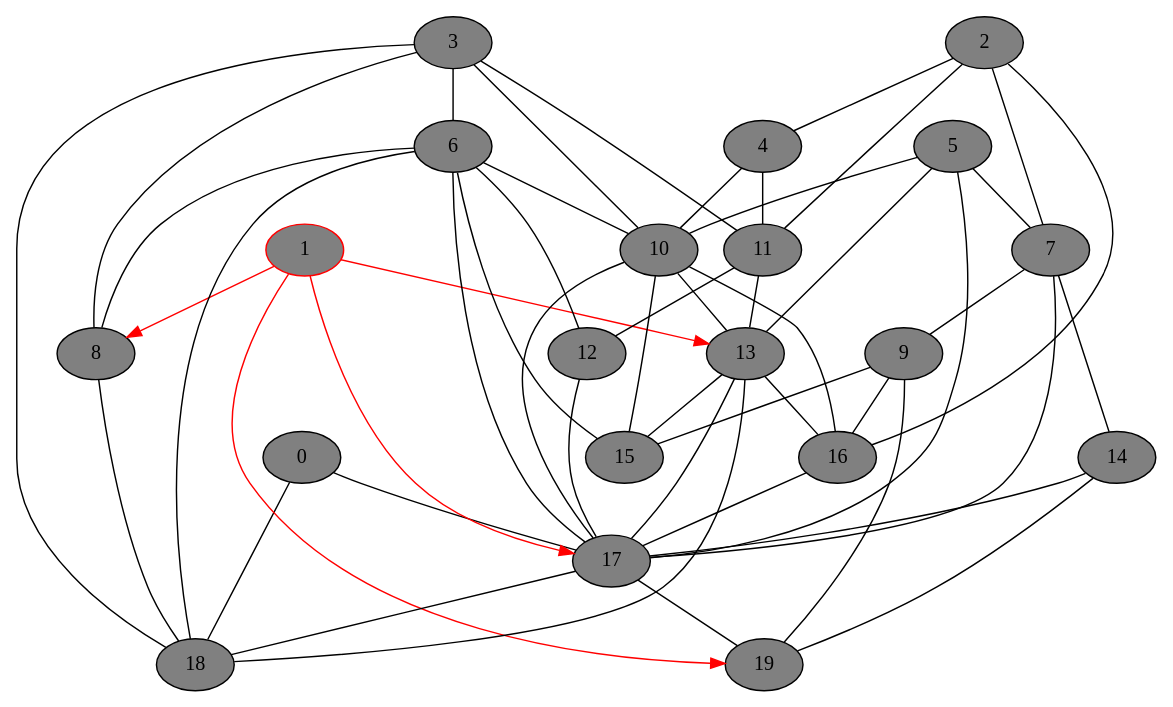
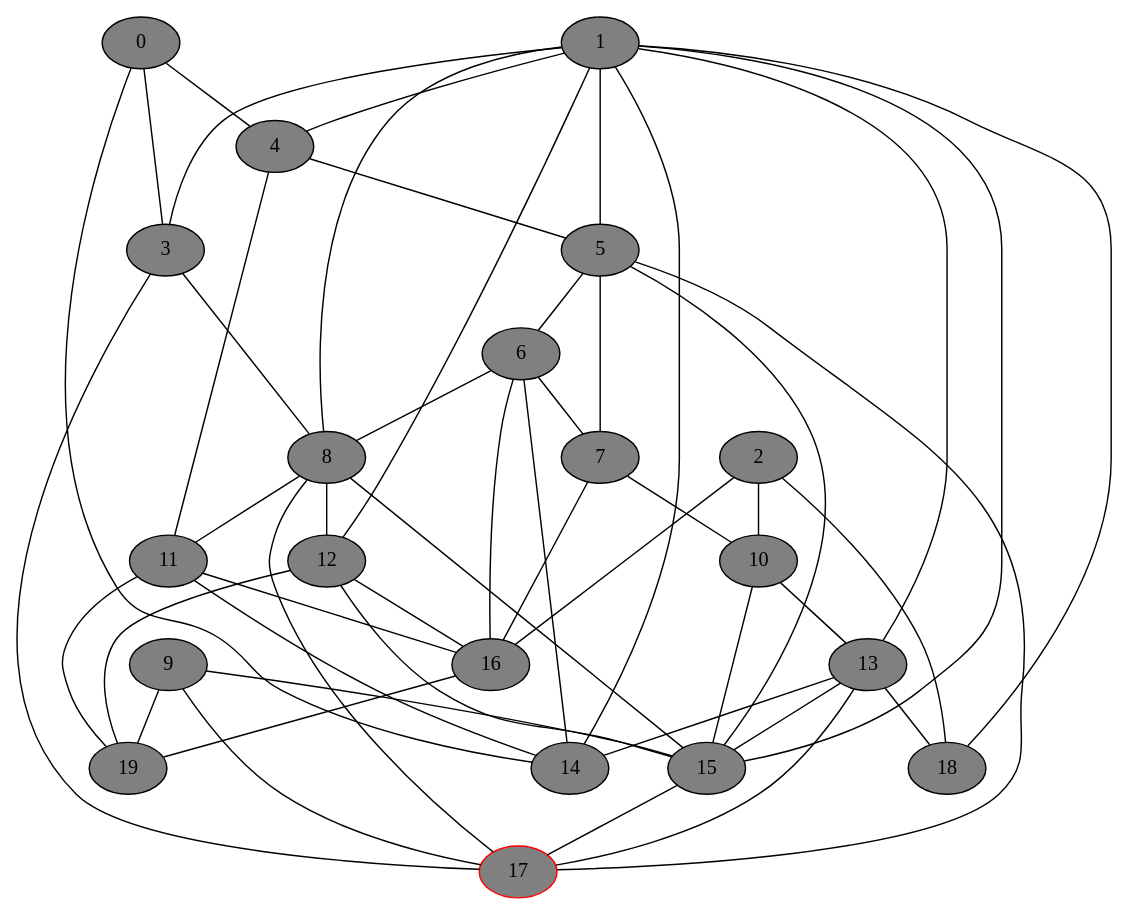
Before and after one commit to DSMishler/EBA_models: the diagram in gv_graphs/nxt0099.dot, drawn with Graphviz. The commit also changed 941 other files, not shown here.

```diff
--- a/gv_graphs/nxt0099.dot
+++ b/gv_graphs/nxt0099.dot
@@ -1,74 +1,74 @@
 // network test graph
 digraph
 {
 	0 [fillcolor=gray,style=filled,]
-	1 [fillcolor=gray,style=filled,color=red,]
+	1 [fillcolor=gray,style=filled,]
 	2 [fillcolor=gray,style=filled,]
 	3 [fillcolor=gray,style=filled,]
 	4 [fillcolor=gray,style=filled,]
 	5 [fillcolor=gray,style=filled,]
 	6 [fillcolor=gray,style=filled,]
 	7 [fillcolor=gray,style=filled,]
 	8 [fillcolor=gray,style=filled,]
 	9 [fillcolor=gray,style=filled,]
 	10 [fillcolor=gray,style=filled,]
 	11 [fillcolor=gray,style=filled,]
 	12 [fillcolor=gray,style=filled,]
 	13 [fillcolor=gray,style=filled,]
 	14 [fillcolor=gray,style=filled,]
 	15 [fillcolor=gray,style=filled,]
 	16 [fillcolor=gray,style=filled,]
-	17 [fillcolor=gray,style=filled,]
+	17 [fillcolor=gray,style=filled,color=red,]
 	18 [fillcolor=gray,style=filled,]
 	19 [fillcolor=gray,style=filled,]
-	0 -> 17 [dir=none]
-	0 -> 18 [dir=none]
-	1 -> 8 [dir=forward,color=red,]
-	1 -> 13 [dir=forward,color=red,]
-	1 -> 17 [dir=forward,color=red,]
-	1 -> 19 [dir=forward,color=red,]
-	2 -> 4 [dir=none]
-	2 -> 7 [dir=none]
-	2 -> 11 [dir=none]
+	0 -> 3 [dir=none]
+	0 -> 4 [dir=none]
+	0 -> 14 [dir=none]
+	1 -> 3 [dir=none]
+	1 -> 4 [dir=none]
+	1 -> 5 [dir=none]
+	1 -> 8 [dir=none]
+	1 -> 12 [dir=none]
+	1 -> 13 [dir=none]
+	1 -> 14 [dir=none]
+	1 -> 15 [dir=none]
+	1 -> 18 [dir=none]
+	2 -> 10 [dir=none]
 	2 -> 16 [dir=none]
-	3 -> 6 [dir=none]
+	2 -> 18 [dir=none]
 	3 -> 8 [dir=none]
-	3 -> 10 [dir=none]
-	3 -> 11 [dir=none]
-	3 -> 18 [dir=none]
-	4 -> 10 [dir=none]
+	3 -> 17 [dir=none]
+	4 -> 5 [dir=none]
 	4 -> 11 [dir=none]
+	5 -> 6 [dir=none]
 	5 -> 7 [dir=none]
-	5 -> 10 [dir=none]
-	5 -> 13 [dir=none]
+	5 -> 15 [dir=none]
 	5 -> 17 [dir=none]
+	6 -> 7 [dir=none]
 	6 -> 8 [dir=none]
-	6 -> 10 [dir=none]
-	6 -> 12 [dir=none]
-	6 -> 15 [dir=none]
-	6 -> 17 [dir=none]
-	6 -> 18 [dir=none]
-	7 -> 9 [dir=none]
-	7 -> 14 [dir=none]
-	7 -> 17 [dir=none]
-	8 -> 18 [dir=none]
+	6 -> 14 [dir=none]
+	6 -> 16 [dir=none]
+	7 -> 10 [dir=none]
+	7 -> 16 [dir=none]
+	8 -> 11 [dir=none]
+	8 -> 12 [dir=none]
+	8 -> 15 [dir=none]
+	8 -> 17 [dir=none]
 	9 -> 15 [dir=none]
-	9 -> 16 [dir=none]
+	9 -> 17 [dir=none]
 	9 -> 19 [dir=none]
 	10 -> 13 [dir=none]
 	10 -> 15 [dir=none]
-	10 -> 16 [dir=none]
-	10 -> 17 [dir=none]
-	11 -> 12 [dir=none]
-	11 -> 13 [dir=none]
-	12 -> 17 [dir=none]
+	11 -> 14 [dir=none]
+	11 -> 16 [dir=none]
+	11 -> 19 [dir=none]
+	12 -> 15 [dir=none]
+	12 -> 16 [dir=none]
+	12 -> 19 [dir=none]
+	13 -> 14 [dir=none]
 	13 -> 15 [dir=none]
-	13 -> 16 [dir=none]
 	13 -> 17 [dir=none]
 	13 -> 18 [dir=none]
-	14 -> 17 [dir=none]
-	14 -> 19 [dir=none]
-	16 -> 17 [dir=none]
-	17 -> 18 [dir=none]
-	17 -> 19 [dir=none]
+	15 -> 17 [dir=none]
+	16 -> 19 [dir=none]
 }
```
